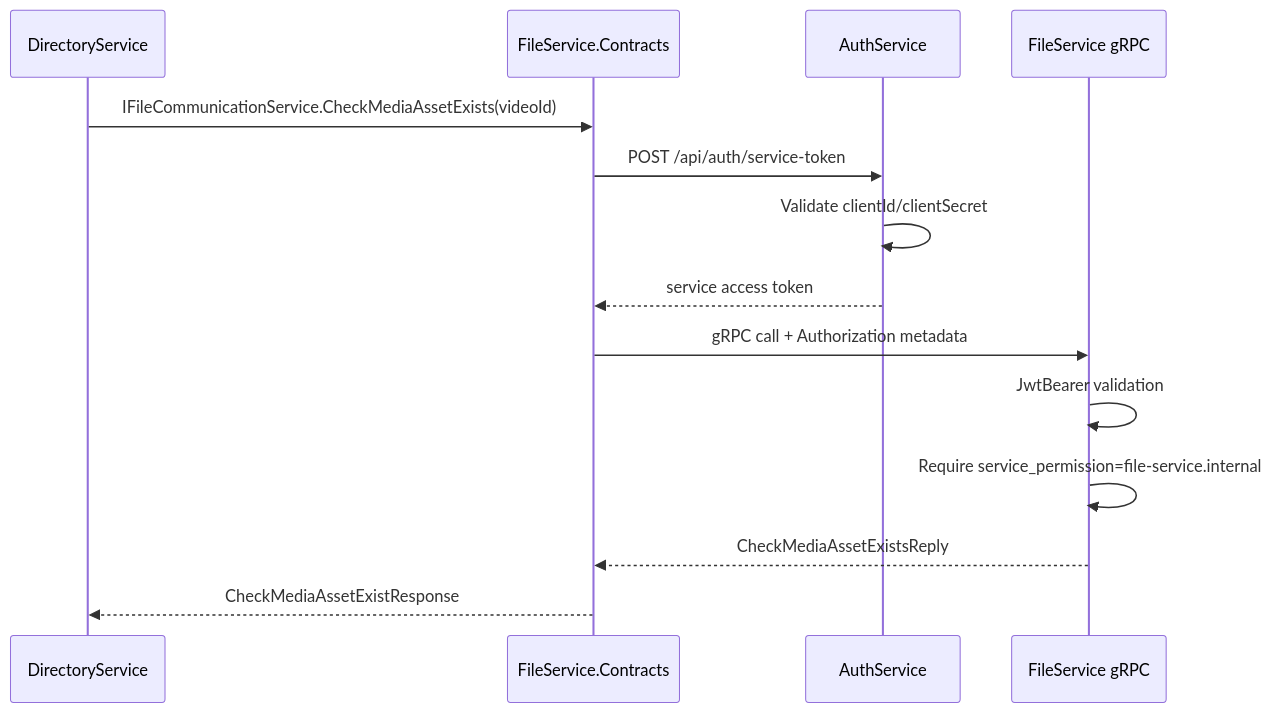
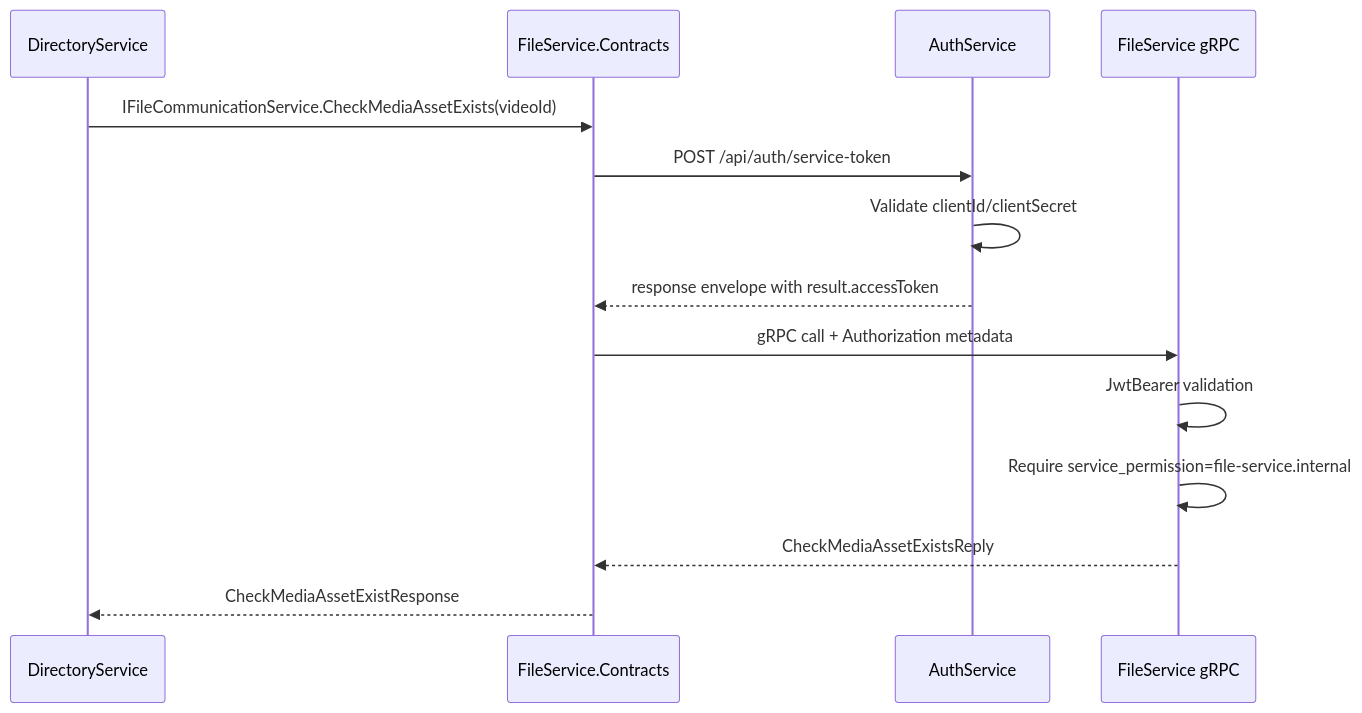
Before and after one commit to EugenTovarchi/DirectoryService: diagram 15 of 16 in backend/docs/architecture/service-communication-grpc-rabbitmq.md, drawn with Mermaid. The commit also changed other lines of this file and 7 other files, not shown here.

Commit message:
Fix Docker service token grpc smoke path

````diff
--- a/backend/docs/architecture/service-communication-grpc-rabbitmq.md
+++ b/backend/docs/architecture/service-communication-grpc-rabbitmq.md
@@ -1498,17 +1500,17 @@
 ```mermaid
 sequenceDiagram
     participant DS as DirectoryService
     participant Adapter as FileService.Contracts
     participant Auth as AuthService
     participant FS as FileService gRPC
 
     DS->>Adapter: IFileCommunicationService.CheckMediaAssetExists(videoId)
     Adapter->>Auth: POST /api/auth/service-token
     Auth->>Auth: Validate clientId/clientSecret
-    Auth-->>Adapter: service access token
+    Auth-->>Adapter: response envelope with result.accessToken
     Adapter->>FS: gRPC call + Authorization metadata
     FS->>FS: JwtBearer validation
     FS->>FS: Require service_permission=file-service.internal
     FS-->>Adapter: CheckMediaAssetExistsReply
     Adapter-->>DS: CheckMediaAssetExistResponse
 ```
````
